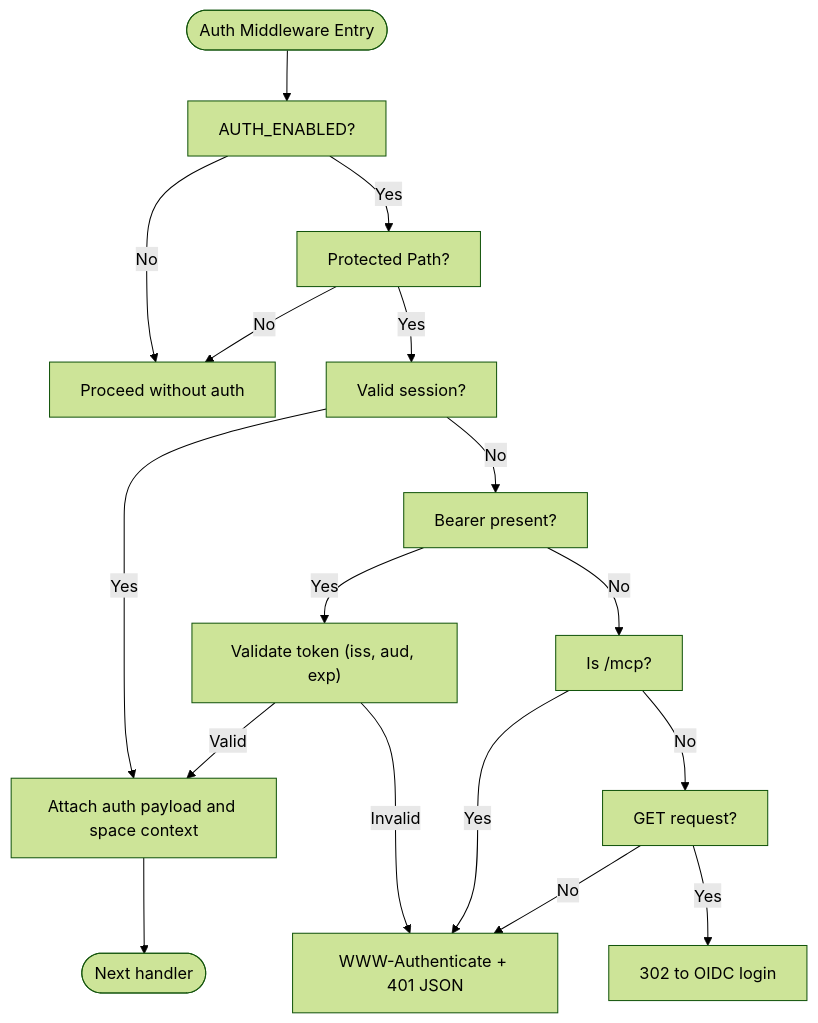
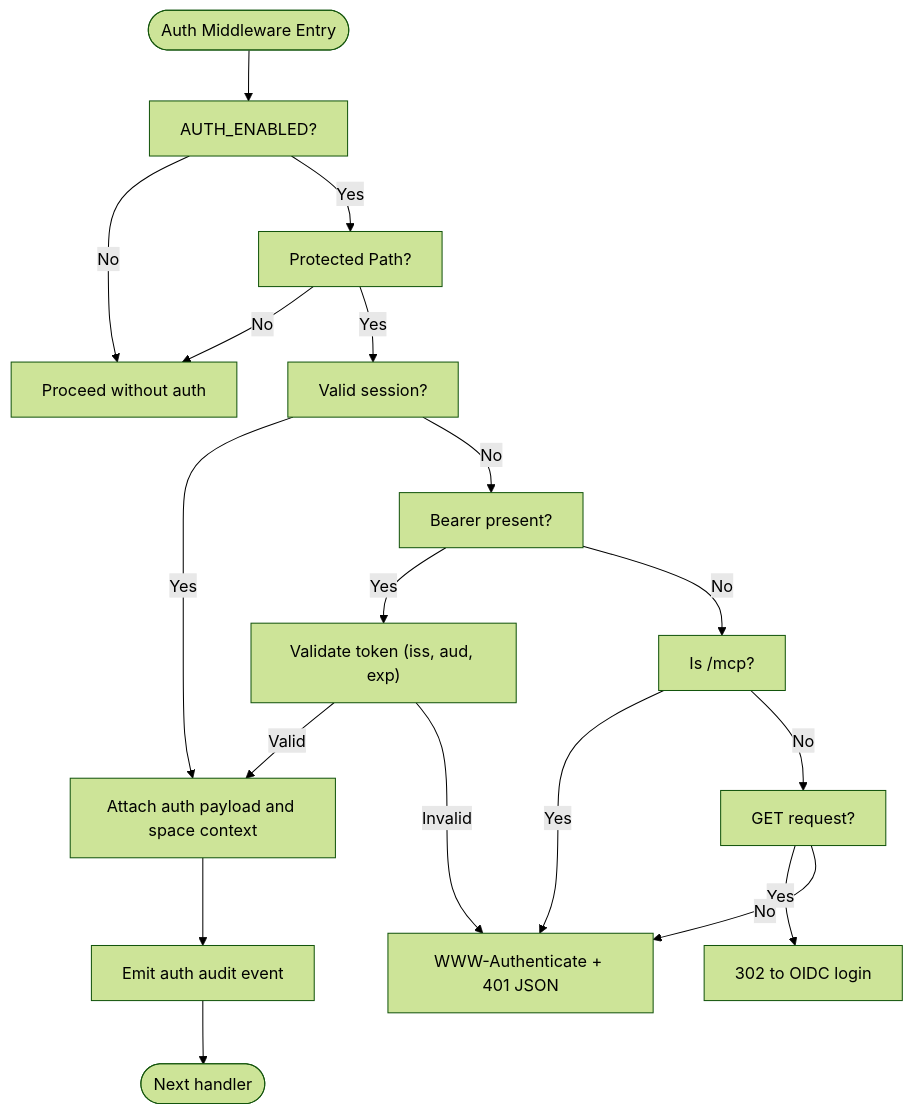
Before and after one commit to debian777/kairos-mcp: the third of 5 diagrams in .qoder/repowiki/en/content/Security Considerations.md, drawn with Mermaid (forest theme). The commit also changed other lines of this file and 5 other files, not shown here.

````diff
--- a/.qoder/repowiki/en/content/Security Considerations.md
+++ b/.qoder/repowiki/en/content/Security Considerations.md
@@ -143,19 +174,20 @@
 ```mermaid
 flowchart TD
 Start(["Auth Middleware Entry"]) --> CheckEnabled["AUTH_ENABLED?"]
 CheckEnabled --> |No| Allow["Proceed without auth"]
 CheckEnabled --> |Yes| Protected["Protected Path?"]
 Protected --> |No| Allow
 Protected --> |Yes| HasSession["Valid session?"]
 HasSession --> |Yes| AttachCtx["Attach auth payload and space context"]
 HasSession --> |No| HasBearer["Bearer present?"]
 HasBearer --> |Yes| ValidateBearer["Validate token (iss, aud, exp)"]
 ValidateBearer --> |Valid| AttachCtx
 ValidateBearer --> |Invalid| WWWAuth["WWW-Authenticate + 401 JSON"]
 HasBearer --> |No| IsMCP["Is /mcp?"]
 IsMCP --> |Yes| WWWAuth
 IsMCP --> |No| IsGET["GET request?"]
 IsGET --> |Yes| Redirect["302 to OIDC login"]
 IsGET --> |No| WWWAuth
-AttachCtx --> End(["Next handler"])
+AttachCtx --> EmitAudit["Emit auth audit event"]
+EmitAudit --> End(["Next handler"])
 ```
````
